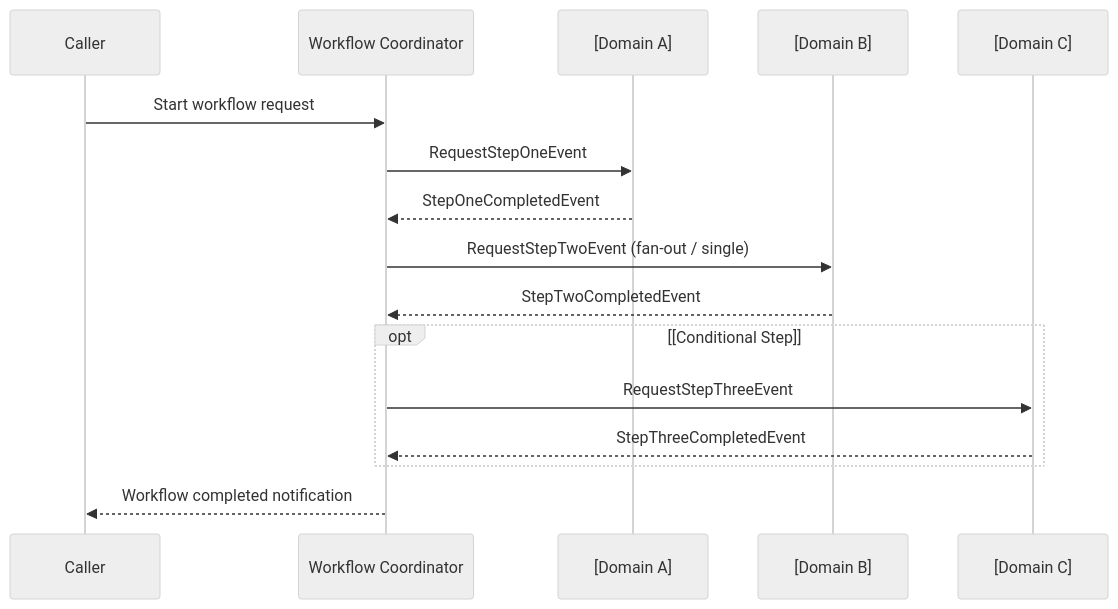
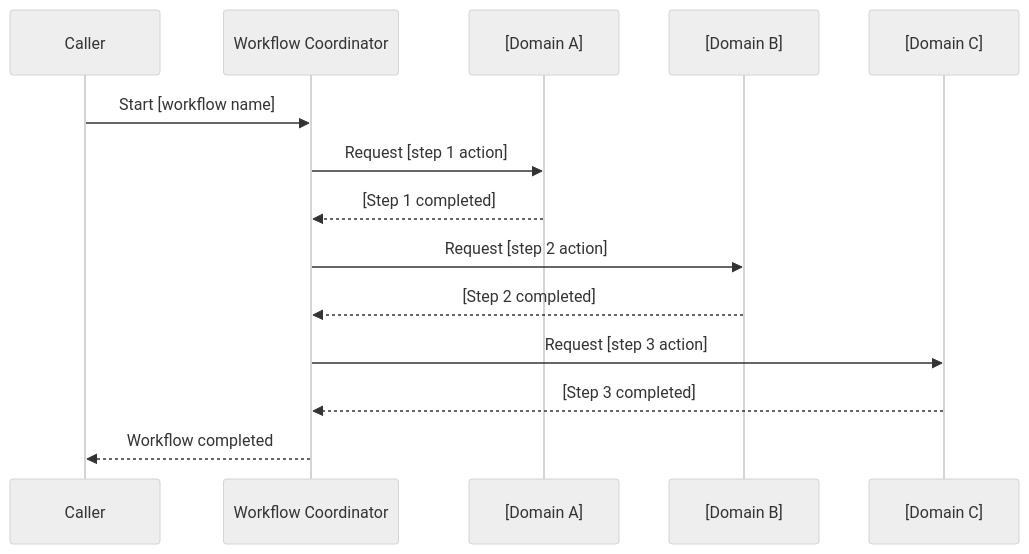
One commit to khinemyaezin/grab changed the first of 2 diagrams in docs/templates/workflow-spec-template.md. Above: the diagram before and after it, drawn with Mermaid (neutral theme). The commit also changed other lines of this file and 5 other files, not shown here.

````diff
--- a/docs/templates/workflow-spec-template.md
+++ b/docs/templates/workflow-spec-template.md
@@ -55,19 +43,17 @@
 ```mermaid
 sequenceDiagram
     participant Caller
     participant Workflow as Workflow Coordinator
-    participant DomainA as [Domain A]
-    participant DomainB as [Domain B]
-    participant DomainC as [Domain C]
+    participant A as [Domain A]
+    participant B as [Domain B]
+    participant C as [Domain C]
 
-    Caller->>Workflow: Start workflow request
-    Workflow->>DomainA: RequestStepOneEvent
-    DomainA-->>Workflow: StepOneCompletedEvent
-    Workflow->>DomainB: RequestStepTwoEvent (fan-out / single)
-    DomainB-->>Workflow: StepTwoCompletedEvent
-    opt [Conditional Step]
-        Workflow->>DomainC: RequestStepThreeEvent
-        DomainC-->>Workflow: StepThreeCompletedEvent
-    end
-    Workflow-->>Caller: Workflow completed notification
+    Caller->>Workflow: Start [workflow name]
+    Workflow->>A: Request [step 1 action]
+    A-->>Workflow: [Step 1 completed]
+    Workflow->>B: Request [step 2 action]
+    B-->>Workflow: [Step 2 completed]
+    Workflow->>C: Request [step 3 action]
+    C-->>Workflow: [Step 3 completed]
+    Workflow-->>Caller: Workflow completed
 ```
````
